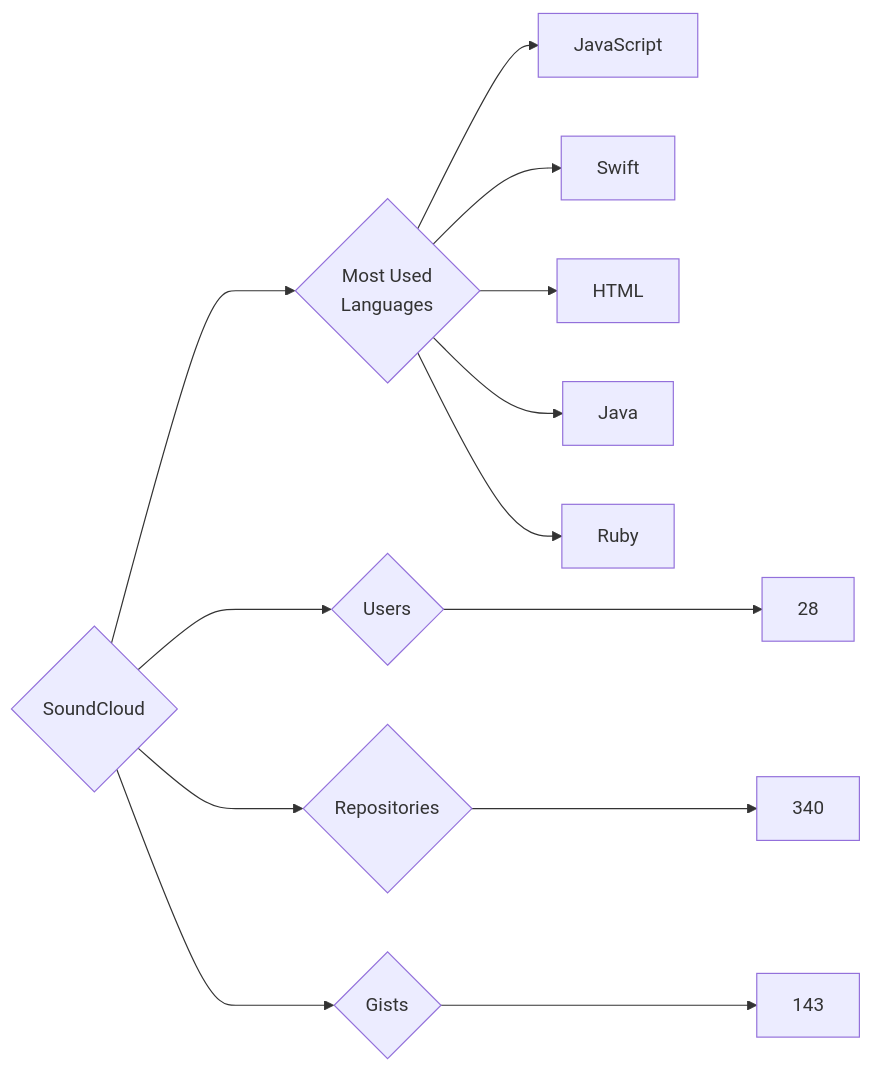
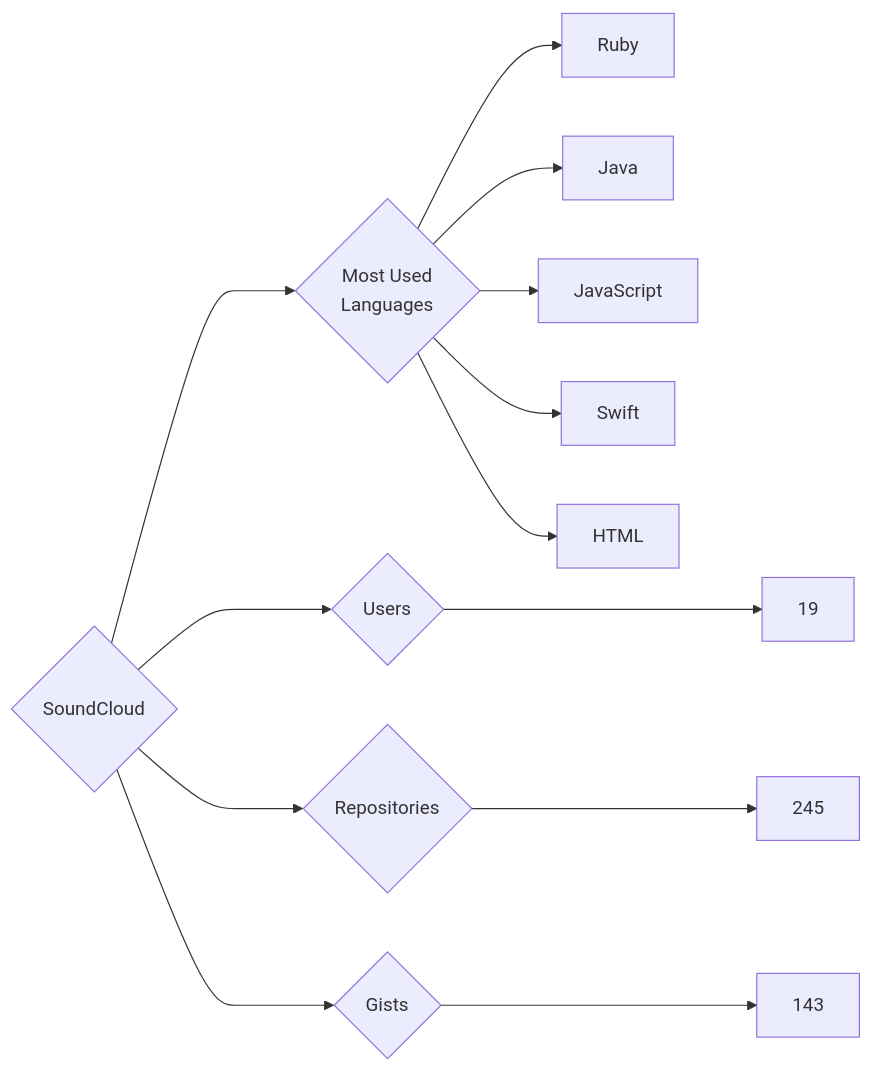
The diagram in targets/SoundCloud/README.md (trickest/insiders), drawn with Mermaid before and after one commit. The commit also changed 895 other files, not shown here.

````diff
--- a/targets/SoundCloud/README.md
+++ b/targets/SoundCloud/README.md
@@ -3,13 +3,13 @@
 ```mermaid
 graph LR
 COMPANY_NAME{SoundCloud}
-COMPANY_NAME ---> U{Users} ---> UN[28]
-COMPANY_NAME ---> R{Repositories} ---> RN[340]
+COMPANY_NAME ---> U{Users} ---> UN[19]
+COMPANY_NAME ---> R{Repositories} ---> RN[245]
 COMPANY_NAME ---> G{Gists} ---> GN[143]
 COMPANY_NAME ---> ML{Most Used<br>Languages}
+ML --> Ruby[Ruby]
+ML --> Java[Java]
 ML --> JavaScript[JavaScript]
 ML --> Swift[Swift]
 ML --> HTML[HTML]
-ML --> Java[Java]
-ML --> Ruby[Ruby]
 ```
````
